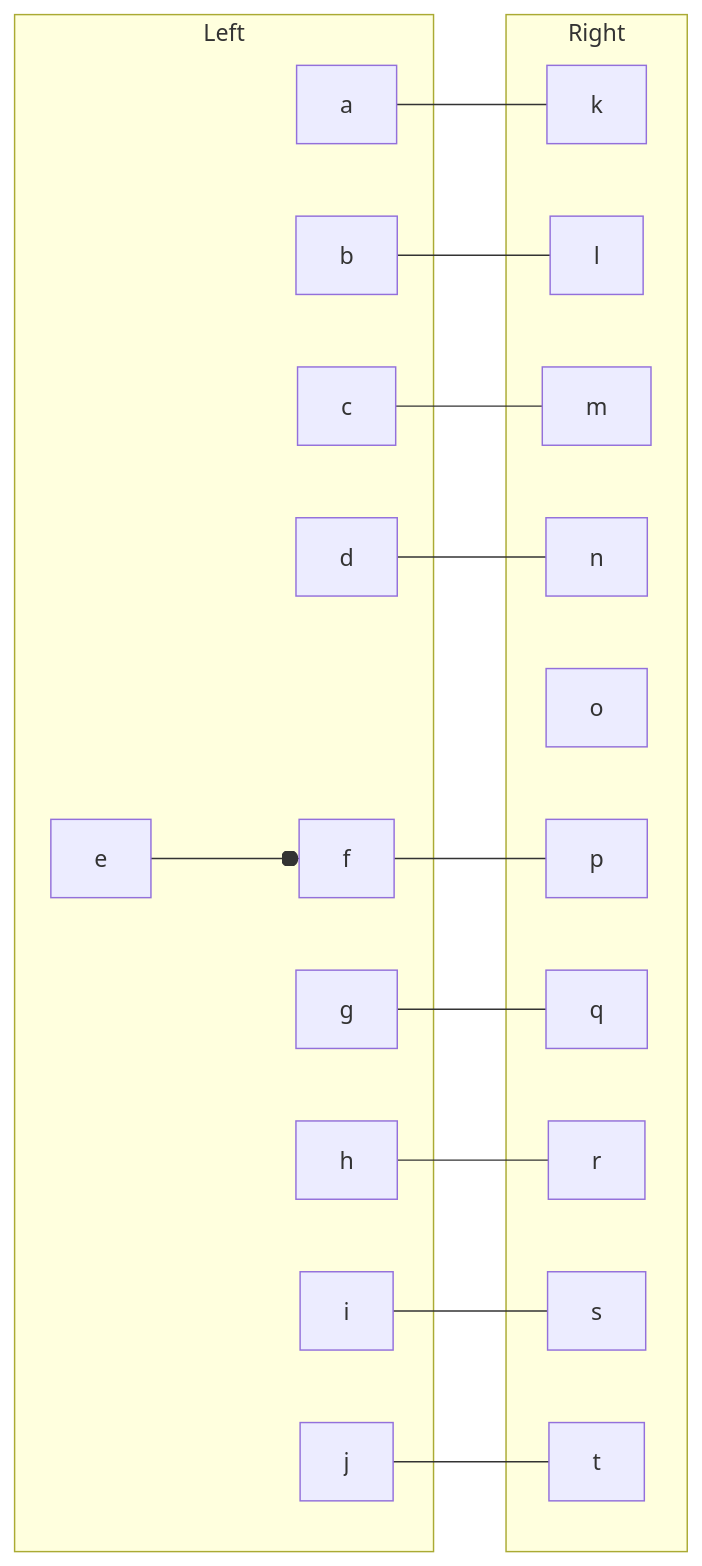
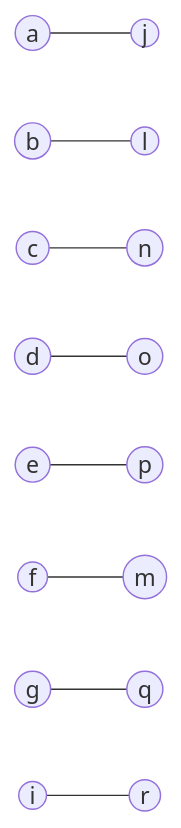
One commit to Arictronic/Testbag changed diagram 11 of 12 in Readme.Md. Above: the diagram before and after it, drawn with Mermaid. The commit also changed other lines of this file, not shown here.

````diff
--- a/Readme.Md
+++ b/Readme.Md
@@ -376,20 +346,12 @@
 ```mermaid
 graph LR
-subgraph Left
-a;b;c;d;e;f;g;h;i;j
-end
-subgraph Right
-k;l;m;n;o;p;q;r;s;t
-end
-
-a---k
-b---l
-c---m
-d---n
-e---o
-f---p
-g---q
-h---r
-i---s
-j---t
+%% Левая доля
+a((a)) --- j((j))
+b((b)) --- l((l))
+c((c)) --- n((n))
+d((d)) --- o((o))
+e((e)) --- p((p))
+f((f)) --- m((m))
+g((g)) --- q((q))
+i((i)) --- r((r))
 ```
````
